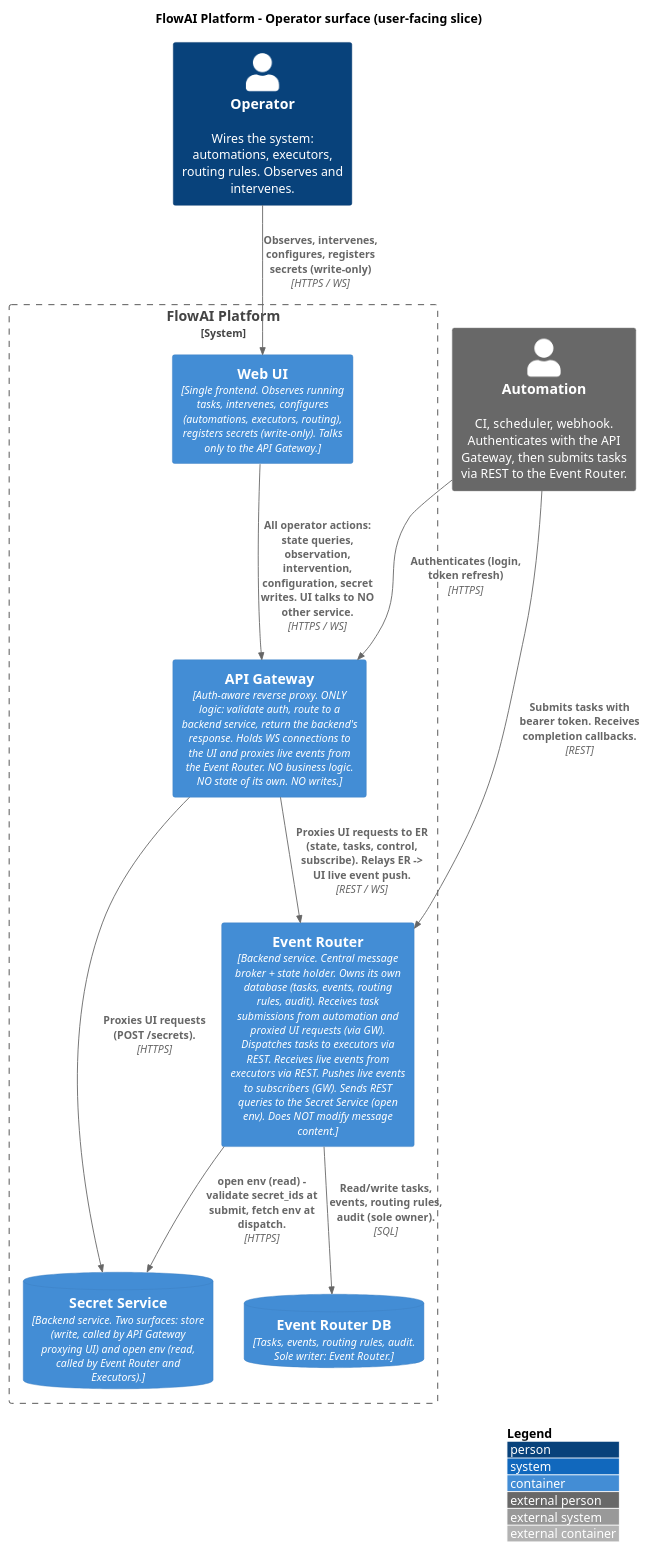
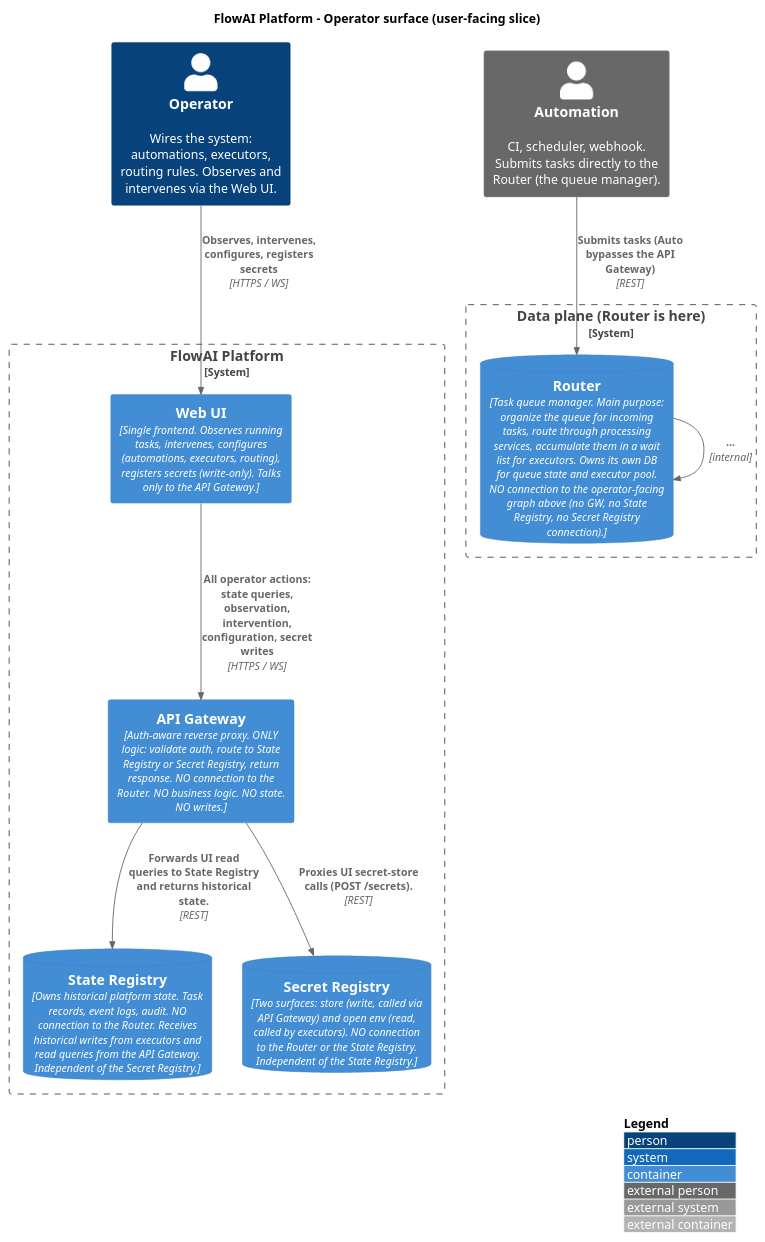
The diagram in docs/architecture/diagrams/03-operator-surface.puml (pandops/flowai), drawn with PlantUML before and after one commit. The commit also changed 1 other file, not shown here.

Commit message:
docs(architecture): update container topology diagrams
Ultraworked with [Sisyphus](https://github.com/code-yeongyu/oh-my-openagent)

```diff
--- a/docs/architecture/diagrams/03-operator-surface.puml
+++ b/docs/architecture/diagrams/03-operator-surface.puml
@@ -1,29 +1,30 @@
 @startuml 03-operator-surface
 !include <c4/C4_Container>
 
 LAYOUT_TOP_DOWN()
 LAYOUT_WITH_LEGEND()
 
 title FlowAI Platform - Operator surface (user-facing slice)
 
-Person(operator, "Operator", "Wires the system: automations, executors, routing rules. Observes and intervenes.")
-Person_Ext(automation, "Automation", "CI, scheduler, webhook. Authenticates with the API Gateway, then submits tasks via REST to the Event Router.")
+Person(operator, "Operator", "Wires the system: automations, executors, routing rules. Observes and intervenes via the Web UI.")
+Person_Ext(automation, "Automation", "CI, scheduler, webhook. Submits tasks directly to the Router (the queue manager).")
 
 System_Boundary(b1, "FlowAI Platform") {
     Container(ui, "Web UI", "Single frontend. Observes running tasks, intervenes, configures (automations, executors, routing), registers secrets (write-only). Talks only to the API Gateway.")
-    Container(gw, "API Gateway", "Auth-aware reverse proxy. ONLY logic: validate auth, route to a backend service, return the backend's response. Holds WS connections to the UI and proxies live events from the Event Router. NO business logic. NO state of its own. NO writes.")
-    Container(er, "Event Router", "Backend service. Central message broker + state holder. Owns its own database (tasks, events, routing rules, audit). Receives task submissions from automation and proxied UI requests (via GW). Dispatches tasks to executors via REST. Receives live events from executors via REST. Pushes live events to subscribers (GW). Sends REST queries to the Secret Service (open env). Does NOT modify message content.")
-    ContainerDb(erdb, "Event Router DB", "Tasks, events, routing rules, audit. Sole writer: Event Router.")
-    ContainerDb(sec, "Secret Service", "Backend service. Two surfaces: store (write, called by API Gateway proxying UI) and open env (read, called by Event Router and Executors).")
+    Container(gw, "API Gateway", "Auth-aware reverse proxy. ONLY logic: validate auth, route to State Registry or Secret Registry, return response. NO connection to the Router. NO business logic. NO state. NO writes.")
+    ContainerDb(stateRegistry, "State Registry", "Owns historical platform state. Task records, event logs, audit. NO connection to the Router. Receives historical writes from executors and read queries from the API Gateway. Independent of the Secret Registry.")
+    ContainerDb(secretRegistry, "Secret Registry", "Two surfaces: store (write, called via API Gateway) and open env (read, called by executors). NO connection to the Router or the State Registry. Independent of the State Registry.")
 }
 
-Rel(operator, ui, "Observes, intervenes, configures, registers secrets (write-only)", "HTTPS / WS")
-Rel(ui, gw, "All operator actions: state queries, observation, intervention, configuration, secret writes. UI talks to NO other service.", "HTTPS / WS")
-Rel(automation, gw, "Authenticates (login, token refresh)", "HTTPS")
-Rel(automation, er, "Submits tasks with bearer token. Receives completion callbacks.", "REST")
-Rel(gw, er, "Proxies UI requests to ER (state, tasks, control, subscribe). Relays ER -> UI live event push.", "REST / WS")
-Rel(er, erdb, "Read/write tasks, events, routing rules, audit (sole owner).", "SQL")
-Rel(gw, sec, "Proxies UI requests (POST /secrets).", "HTTPS")
-Rel(er, sec, "open env (read) - validate secret_ids at submit, fetch env at dispatch.", "HTTPS")
+System_Boundary(b2, "Data plane (Router is here)") {
+    ContainerDb(router, "Router", "Task queue manager. Main purpose: organize the queue for incoming tasks, route through processing services, accumulate them in a wait list for executors. Owns its own DB for queue state and executor pool. NO connection to the operator-facing graph above (no GW, no State Registry, no Secret Registry connection).")
+}
+
+Rel(operator, ui, "Observes, intervenes, configures, registers secrets", "HTTPS / WS")
+Rel(ui, gw, "All operator actions: state queries, observation, intervention, configuration, secret writes", "HTTPS / WS")
+Rel(automation, router, "Submits tasks (Auto bypasses the API Gateway)", "REST")
+Rel(gw, stateRegistry, "Forwards UI read queries to State Registry and returns historical state.", "REST")
+Rel(gw, secretRegistry, "Proxies UI secret-store calls (POST /secrets).", "REST")
+Rel(router, router, "...", "internal")
 
 @enduml
```
